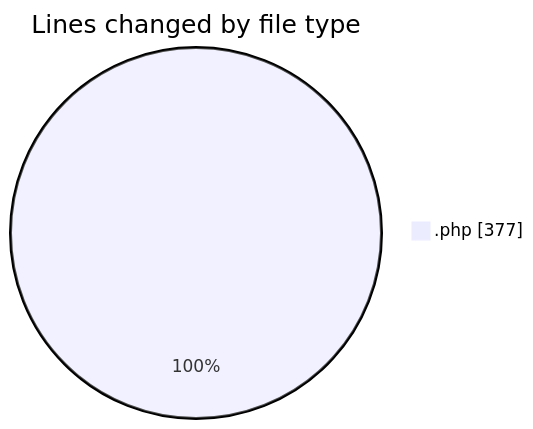
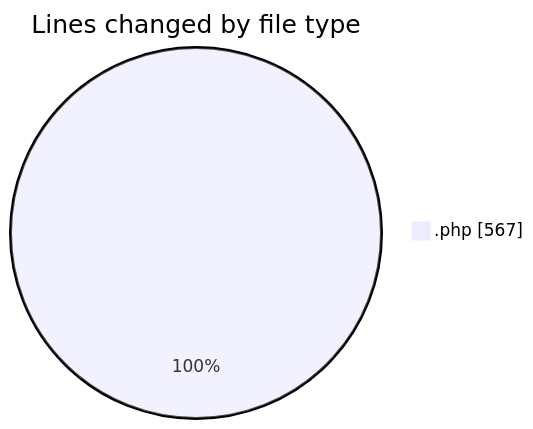
The first of 2 diagrams in 2025-01-24/oficina/README.md (LanceThiago/code-tracking), drawn with Mermaid before and after one commit. The commit also changed other lines of this file and 1 other file, not shown here.

````diff
--- a/2025-01-24/oficina/README.md
+++ b/2025-01-24/oficina/README.md
@@ -20,5 +20,5 @@
 ```mermaid
 pie showData
 title Lines changed by file type
-".php" : 377
+".php" : 567
 ```
````
